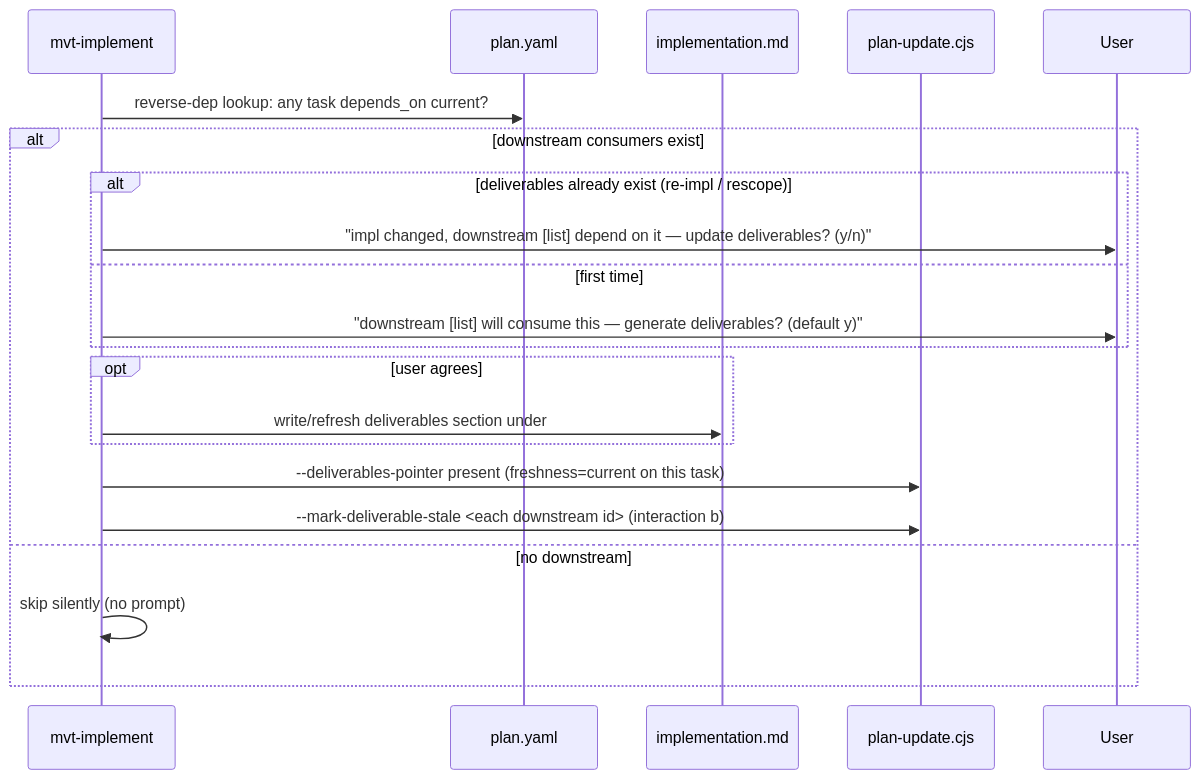
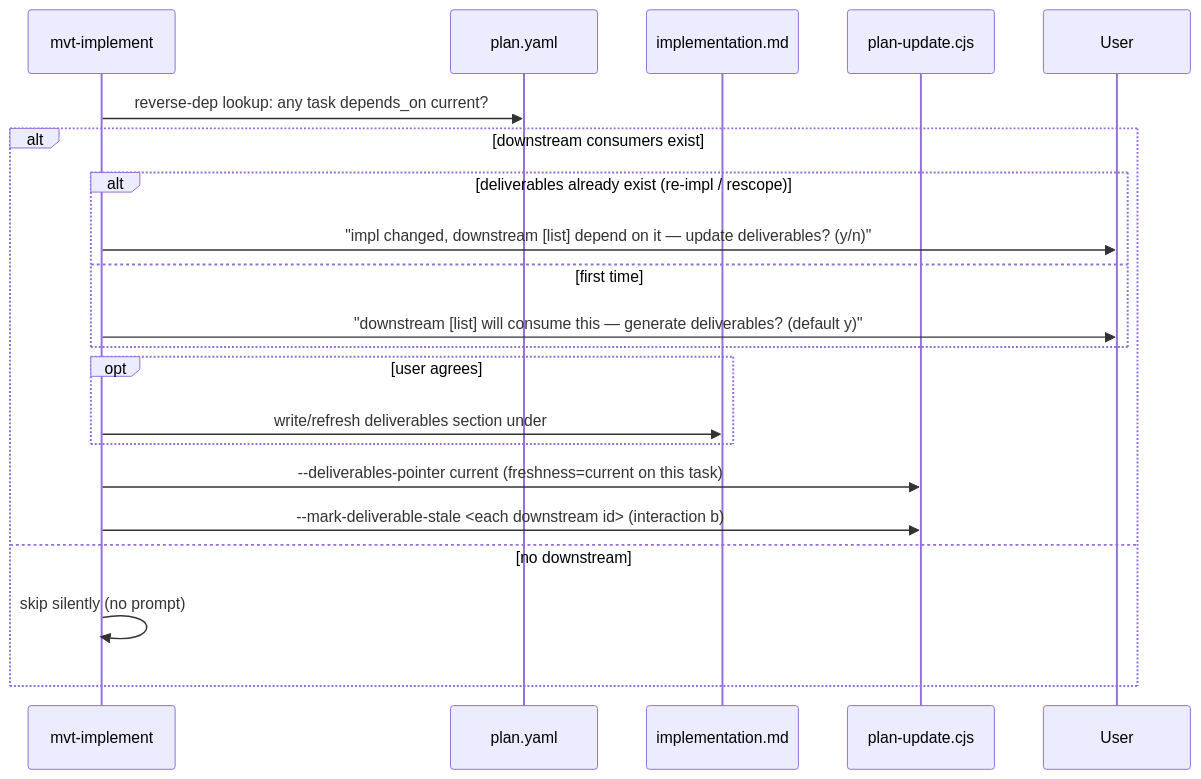
The second of 2 diagrams in .ai-agents/workspace/artifacts/20260605-multi-project-workflow-support/design.md (uoyoCsharp/My-Virtual-TechTeam), drawn with Mermaid before and after one commit. The commit also changed other lines of this file and 30 other files, not shown here.

````diff
--- a/.ai-agents/workspace/artifacts/20260605-multi-project-workflow-support/design.md
+++ b/.ai-agents/workspace/artifacts/20260605-multi-project-workflow-support/design.md
@@ -254,24 +311,24 @@
 ```mermaid
 sequenceDiagram
     participant I as mvt-implement
     participant PL as plan.yaml
     participant IM as implementation.md
     participant PU as plan-update.cjs
     participant U as User
 
     I->>PL: reverse-dep lookup: any task depends_on current?
     alt downstream consumers exist
         alt deliverables already exist (re-impl / rescope)
             I->>U: "impl changed, downstream [list] depend on it — update deliverables? (y/n)"
         else first time
             I->>U: "downstream [list] will consume this — generate deliverables? (default y)"
         end
         opt user agrees
             I->>IM: write/refresh deliverables section under ## Task: {id}
         end
-        I->>PU: --deliverables-pointer present (freshness=current on this task)
+        I->>PU: --deliverables-pointer current (freshness=current on this task)
         I->>PU: --mark-deliverable-stale <each downstream id>   (interaction b)
     else no downstream
         I->>I: skip silently (no prompt)
     end
 ```
````
